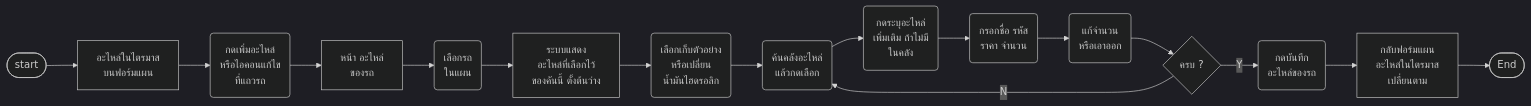
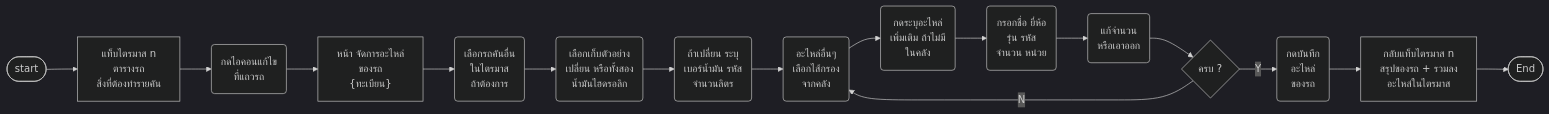
Before and after one commit to anugmail/Maintenance-Request-Form: diagram 18 of 21 in Diagram/01-บำรุงรักษาตามวาระ/14-บำรุงรักษา-userflow.md, drawn with Mermaid (dark theme). The commit also changed other lines of this file and 52 other files, not shown here.

````diff
--- a/Diagram/01-บำรุงรักษาตามวาระ/14-บำรุงรักษา-userflow.md
+++ b/Diagram/01-บำรุงรักษาตามวาระ/14-บำรุงรักษา-userflow.md
@@ -817,20 +892,21 @@
 ```mermaid
 flowchart LR
-    S([start]) --> D1["อะไหล่ในไตรมาส<br/>บนฟอร์มแผน"]
-    D1 --> A1("กดเพิ่มอะไหล่<br/>หรือไอคอนแก้ไข<br/>ที่แถวรถ")
-    A1 --> D2["หน้า อะไหล่<br/>ของรถ"]
-    D2 --> A2("เลือกรถ<br/>ในแผน")
-    A2 --> D3["ระบบแสดง<br/>อะไหล่ที่เลือกไว้<br/>ของคันนี้ ตั้งต้นว่าง"]
-    D3 --> A6("เลือกเก็บตัวอย่าง<br/>หรือเปลี่ยน<br/>น้ำมันไฮดรอลิก")
-    A6 --> A3("ค้นคลังอะไหล่<br/>แล้วกดเลือก")
+    S([start]) --> D1["แท็บไตรมาส n<br/>ตารางรถ<br/>สิ่งที่ต้องทำรายคัน"]
+    D1 --> A1("กดไอคอนแก้ไข<br/>ที่แถวรถ")
+    A1 --> D2["หน้า จัดการอะไหล่<br/>ของรถ<br/>{ทะเบียน}"]
+    D2 --> A2("เลือกรถคันอื่น<br/>ในไตรมาส<br/>ถ้าต้องการ")
+    A2 --> A6("เลือกเก็บตัวอย่าง<br/>เปลี่ยน หรือทั้งสอง<br/>น้ำมันไฮดรอลิก")
+    A6 --> A9("ถ้าเปลี่ยน ระบุ<br/>เบอร์น้ำมัน รหัส<br/>จำนวนลิตร")
+    A9 --> A3("อะไหล่อื่นๆ<br/>เลือกไส้กรอง<br/>จากคลัง")
     A3 --> A7("กดระบุอะไหล่<br/>เพิ่มเติม ถ้าไม่มี<br/>ในคลัง")
-    A7 --> A8("กรอกชื่อ รหัส<br/>ราคา จำนวน")
+    A7 --> A8("กรอกชื่อ ยี่ห้อ<br/>รุ่น รหัส<br/>จำนวน หน่วย")
     A8 --> A4("แก้จำนวน<br/>หรือเอาออก")
     A4 --> Q1{"ครบ ?"}
     Q1 -->|N| A3
-    Q1 -->|Y| A5("กดบันทึก<br/>อะไหล่ของรถ")
-    A5 --> D4["กลับฟอร์มแผน<br/>อะไหล่ในไตรมาส<br/>เปลี่ยนตาม"]
+    Q1 -->|Y| A5("กดบันทึก<br/>อะไหล่<br/>ของรถ")
+    A5 --> D4["กลับแท็บไตรมาส n<br/>สรุปของรถ + รวมลง<br/>อะไหล่ในไตรมาส"]
     D4 --> E([End])
     %% Q: A6 | Q39 ❓ เงื่อนไขอายุการใช้งานของน้ำมันคืออะไร นอกจากอายุ 3 ปี · คันที่เลือกเปลี่ยนน้ำมัน ยังต้องเก็บตัวอย่างและบันทึกผลตรวจ (S10 S12) ไหม
-    %% Q: D4 | Q38 ❓ เปลี่ยนรถออกจากแผนแล้ว อะไหล่ที่เพิ่มเองของคันนั้นหายไปด้วยใช่ไหม
+    %% Q: A9 | Q57 ❓ เก็บตัวอย่างอย่างเดียวต้องระบุเบอร์น้ำมันและรหัสไหม (ตอนนี้แสดงเฉพาะตอนเปลี่ยน) · รายการเบอร์น้ำมันมาจากไหน
+    %% Q: A8 | Q58 ❓ อะไหล่ของรถใช้การ์ดของงานซ่อม (ต้องเพิ่มช่องยี่ห้อ รุ่น ในไฟล์ออกแบบ) หรือใช้ตารางและ popup ฟอร์มแบบนี้
 ```
````
